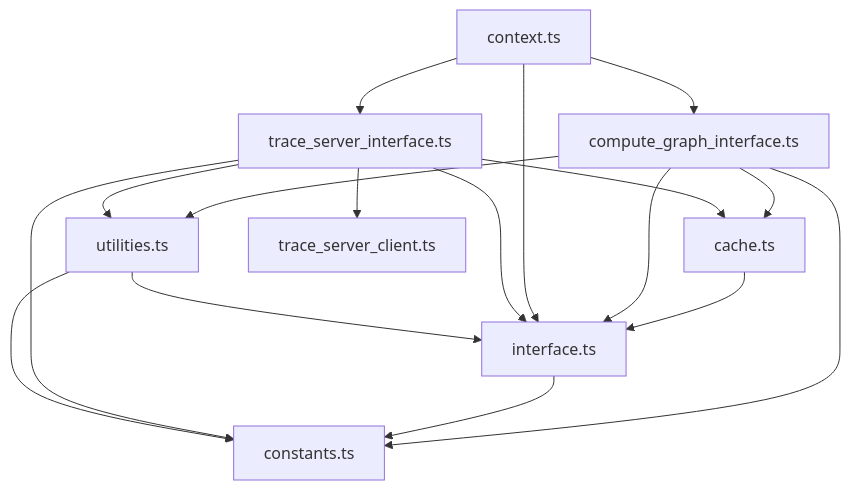
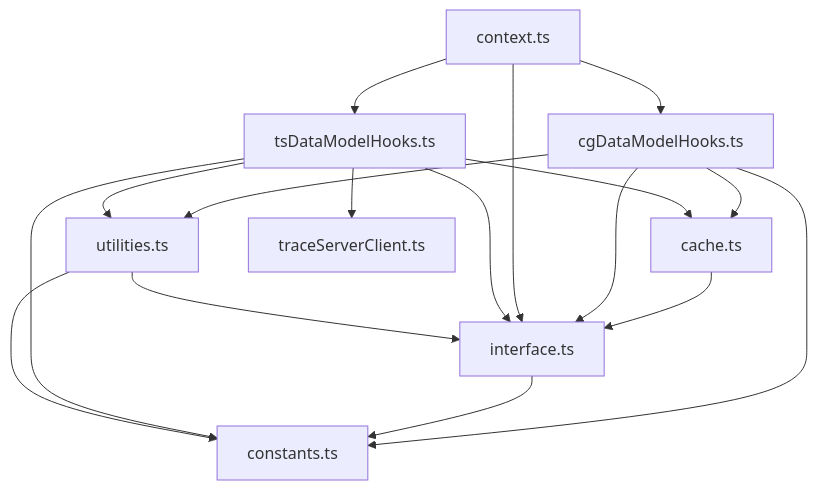
The third of 3 diagrams in weave-js/src/components/PagePanelComponents/Home/Browse3/pages/wfReactInterface/README.md (wandb/weave), drawn with Mermaid before and after one commit. The commit also changed other lines of this file and 30 other files, not shown here.

First line of the commit message:
chore(weave): Make Trace Server connection configurable (#1257)

````diff
--- a/weave-js/src/components/PagePanelComponents/Home/Browse3/pages/wfReactInterface/README.md
+++ b/weave-js/src/components/PagePanelComponents/Home/Browse3/pages/wfReactInterface/README.md
@@ -25,25 +25,25 @@
 ```mermaid
 flowchart TD
     cache.ts --> interface.ts
 
-    compute_graph_interface.ts --> utilities.ts
-    compute_graph_interface.ts --> interface.ts
-    compute_graph_interface.ts --> constants.ts
-    compute_graph_interface.ts --> cache.ts
+    cgDataModelHooks.ts --> utilities.ts
+    cgDataModelHooks.ts --> interface.ts
+    cgDataModelHooks.ts --> constants.ts
+    cgDataModelHooks.ts --> cache.ts
 
     interface.ts --> constants.ts
 
     context.ts --> interface.ts
-    context.ts --> trace_server_interface.ts
-    context.ts --> compute_graph_interface.ts
+    context.ts --> tsDataModelHooks.ts
+    context.ts --> cgDataModelHooks.ts
 
 
-    trace_server_interface.ts --> trace_server_client.ts
-    trace_server_interface.ts --> utilities.ts
-    trace_server_interface.ts --> interface.ts
-    trace_server_interface.ts --> constants.ts
-    trace_server_interface.ts --> cache.ts
+    tsDataModelHooks.ts --> traceServerClient.ts
+    tsDataModelHooks.ts --> utilities.ts
+    tsDataModelHooks.ts --> interface.ts
+    tsDataModelHooks.ts --> constants.ts
+    tsDataModelHooks.ts --> cache.ts
 
     utilities.ts --> constants.ts
     utilities.ts --> interface.ts
 ```
````
